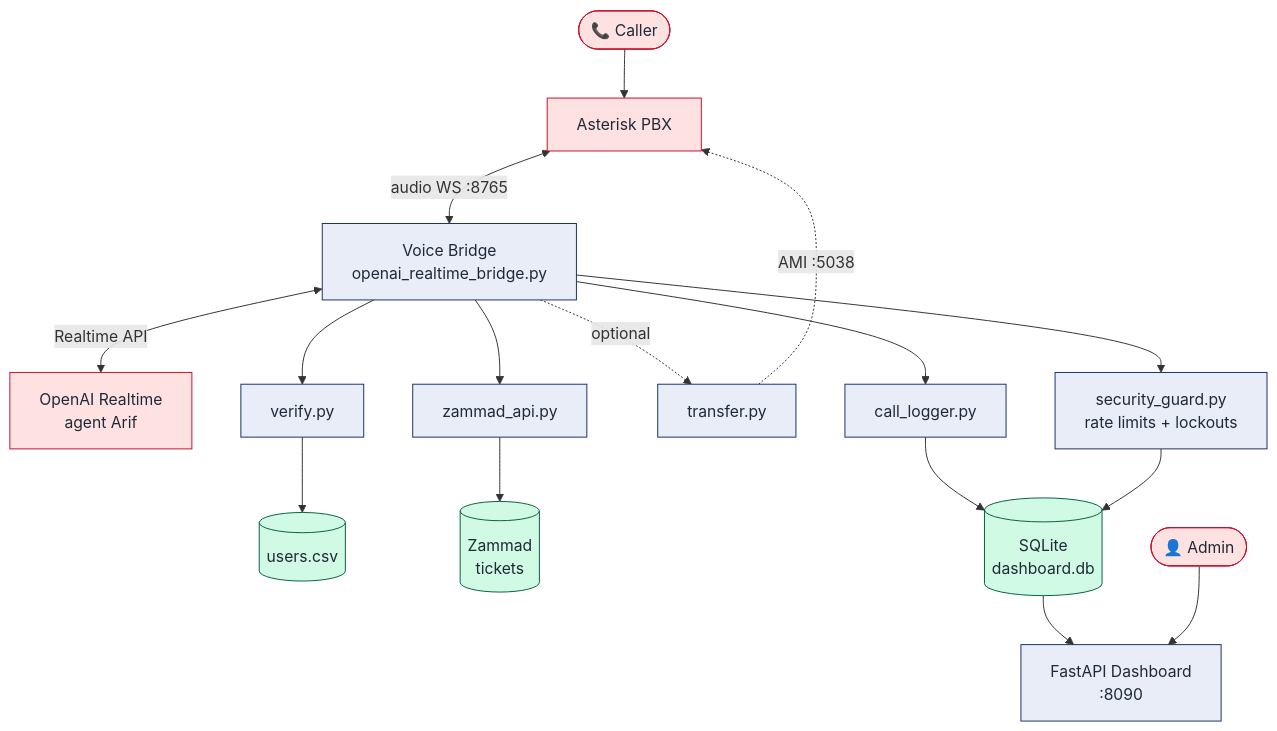
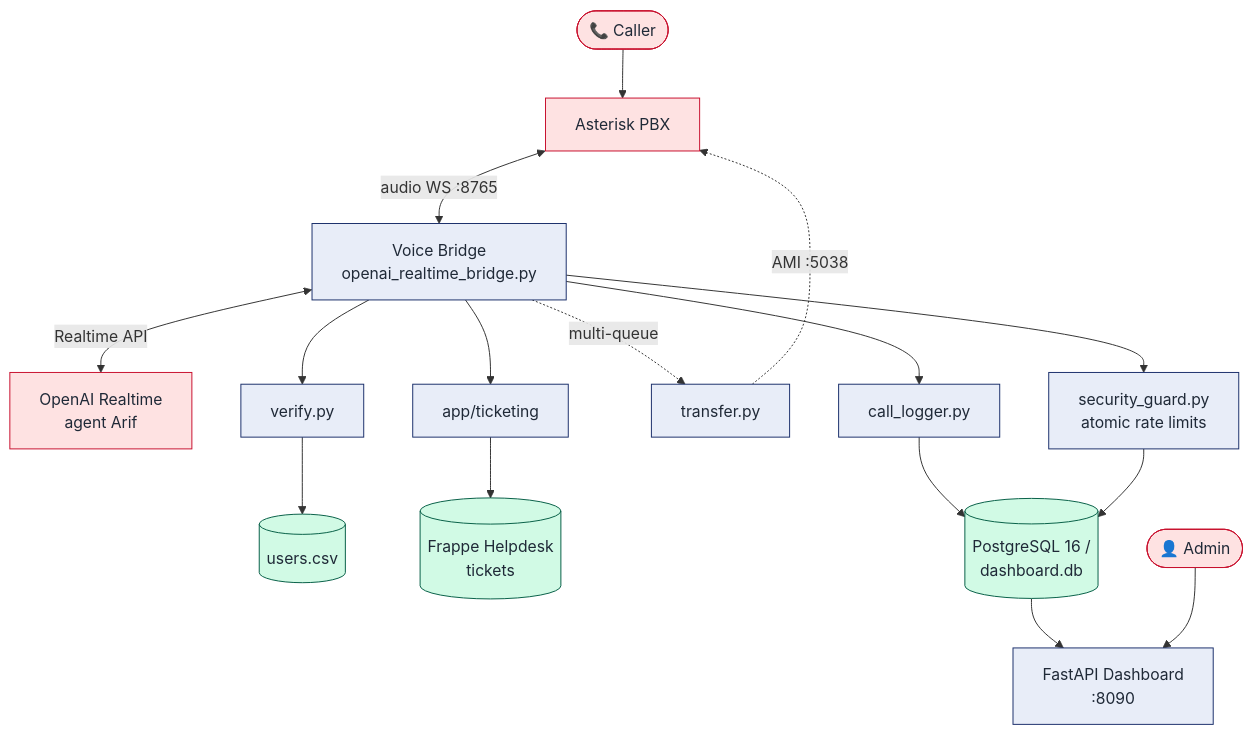
The diagram in README.md (akheels-web/ai-support-agent), drawn with Mermaid before and after one commit. The commit also changed other lines of this file and 24 other files, not shown here.

Commit message:
feat: replace Zammad with custom ticketing module and add dashboard and OpenAI bridge

````diff
--- a/README.md
+++ b/README.md
@@ -10,25 +10,25 @@
 ```mermaid
 flowchart TD
     Caller([📞 Caller]) --> Asterisk[Asterisk PBX]
     Asterisk <-->|audio WS :8765| Bridge[Voice Bridge<br/>openai_realtime_bridge.py]
     Bridge <-->|Realtime API| OpenAI[OpenAI Realtime<br/>agent Arif]
 
     Bridge --> Verify[verify.py]
     Verify --> CSV[(users.csv)]
-    Bridge --> Zammad[zammad_api.py] --> ZammadSrv[(Zammad<br/>tickets)]
-    Bridge -.->|optional| Transfer[transfer.py] -.->|AMI :5038| Asterisk
-    Bridge --> Guard[security_guard.py<br/>rate limits + lockouts]
+    Bridge --> Frappe[app/ticketing] --> FrappeHD[(Frappe Helpdesk<br/>tickets)]
+    Bridge -.->|multi-queue| Transfer[transfer.py] -.->|AMI :5038| Asterisk
+    Bridge --> Guard[security_guard.py<br/>atomic rate limits]
 
     Bridge --> Log[call_logger.py]
-    Log --> DB[(SQLite<br/>dashboard.db)]
+    Log --> DB[(PostgreSQL 16 /<br/>dashboard.db)]
     Guard --> DB
     DB --> Dashboard[FastAPI Dashboard<br/>:8090]
     Admin([👤 Admin]) --> Dashboard
 
     classDef ext fill:#FEE2E2,stroke:#C8102E,color:#1F2937;
     classDef core fill:#E8EDF8,stroke:#1B2F6B,color:#1F2937;
     classDef store fill:#D1FAE5,stroke:#065F46,color:#1F2937;
     class Caller,Admin,OpenAI,Asterisk ext;
-    class Bridge,Verify,Zammad,Transfer,Guard,Log,Dashboard core;
-    class CSV,ZammadSrv,DB store;
+    class Bridge,Verify,Frappe,Transfer,Guard,Log,Dashboard core;
+    class CSV,FrappeHD,DB store;
 ```
````
